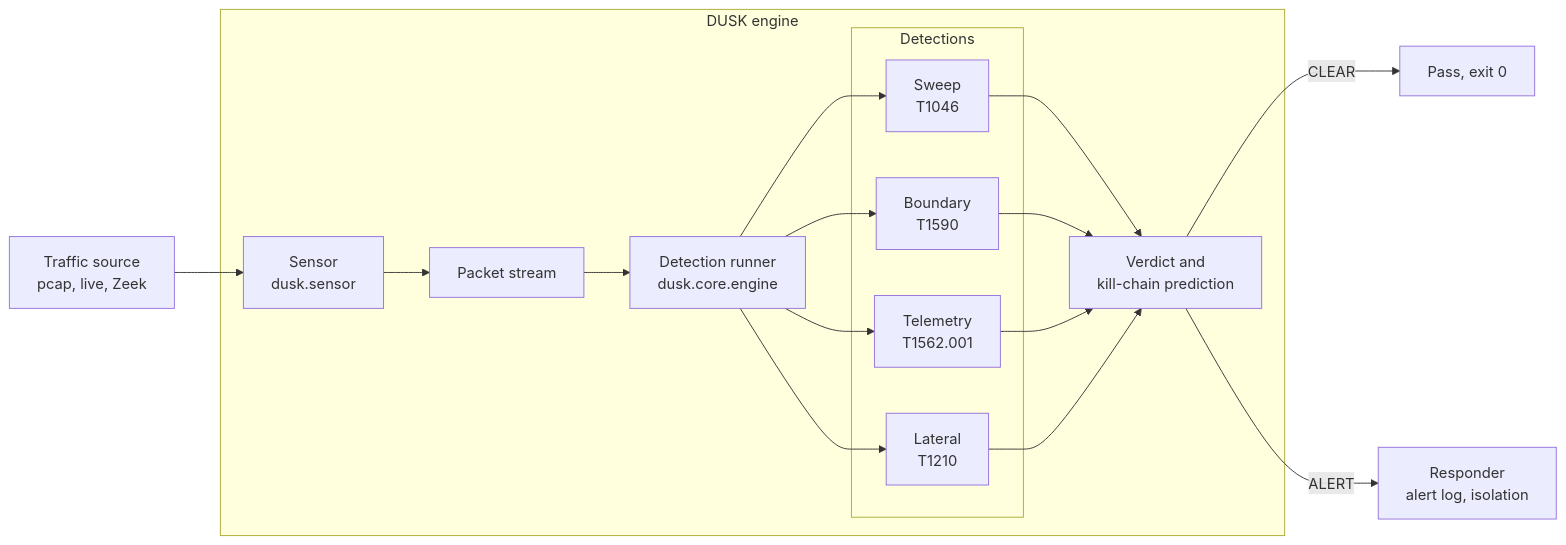
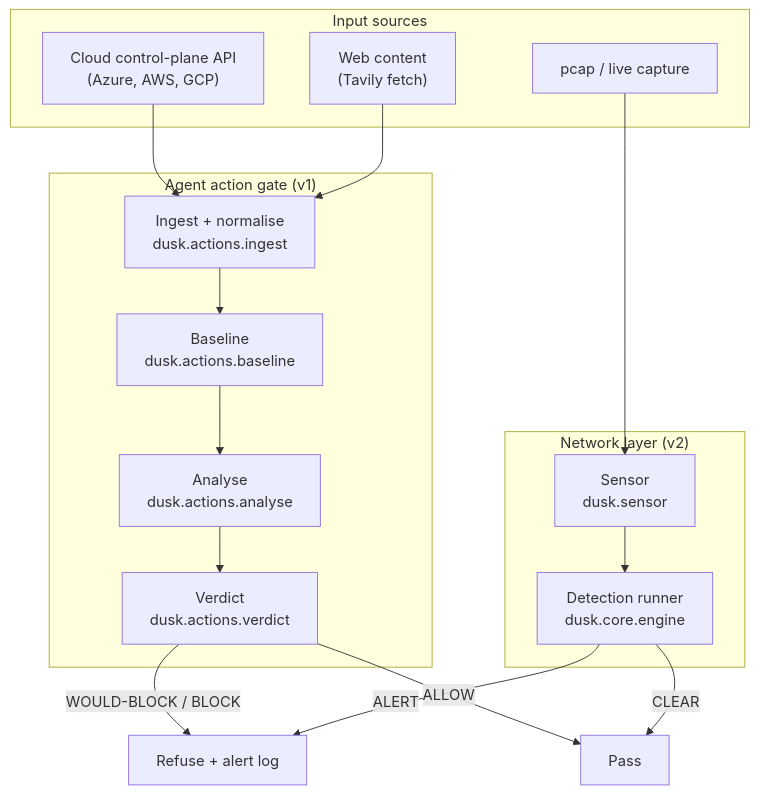
One commit to ShieldTech-Ltd/DUSK changed the diagram in README.md. Above: the diagram before and after it, drawn with Mermaid. The commit also changed other lines of this file, not shown here.

First line of the commit message:
docs: polish README for production -- gate shipped, prompt-injection demo, updated roadmap

````diff
--- a/README.md
+++ b/README.md
@@ -159,22 +160,31 @@
 ```mermaid
-flowchart LR
-    A["Traffic source<br/>pcap, live, Zeek"] --> B["Sensor<br/>dusk.sensor"]
-
-    subgraph DUSK["DUSK engine"]
-        B --> C["Packet stream"]
-        C --> D["Detection runner<br/>dusk.core.engine"]
-
-        subgraph Detections["Detections"]
-            D1["Sweep<br/>T1046"]
-            D2["Boundary<br/>T1590"]
-            D3["Telemetry<br/>T1562.001"]
-            D4["Lateral<br/>T1210"]
-        end
-
-        D --> D1 & D2 & D3 & D4
-        D1 & D2 & D3 & D4 --> E["Verdict and<br/>kill-chain prediction"]
+flowchart TD
+    subgraph Sources["Input sources"]
+        S1["pcap / live capture"]
+        S2["Cloud control-plane API\n(Azure, AWS, GCP)"]
+        S3["Web content\n(Tavily fetch)"]
     end
 
-    E -->|CLEAR| F["Pass, exit 0"]
-    E -->|ALERT| G["Responder<br/>alert log, isolation"]
+    subgraph Gate["Agent action gate (v1)"]
+        B["Ingest + normalise\ndusk.actions.ingest"]
+        C["Baseline\ndusk.actions.baseline"]
+        D["Analyse\ndusk.actions.analyse"]
+        E["Verdict\ndusk.actions.verdict"]
+        B --> C --> D --> E
+    end
+
+    subgraph Network["Network layer (v2)"]
+        F["Sensor\ndusk.sensor"]
+        G["Detection runner\ndusk.core.engine"]
+        F --> G
+    end
+
+    S1 --> F
+    S2 --> B
+    S3 --> B
+
+    E -->|ALLOW| H["Pass"]
+    E -->|WOULD-BLOCK / BLOCK| I["Refuse + alert log"]
+    G -->|ALERT| I
+    G -->|CLEAR| H
 ```
````
